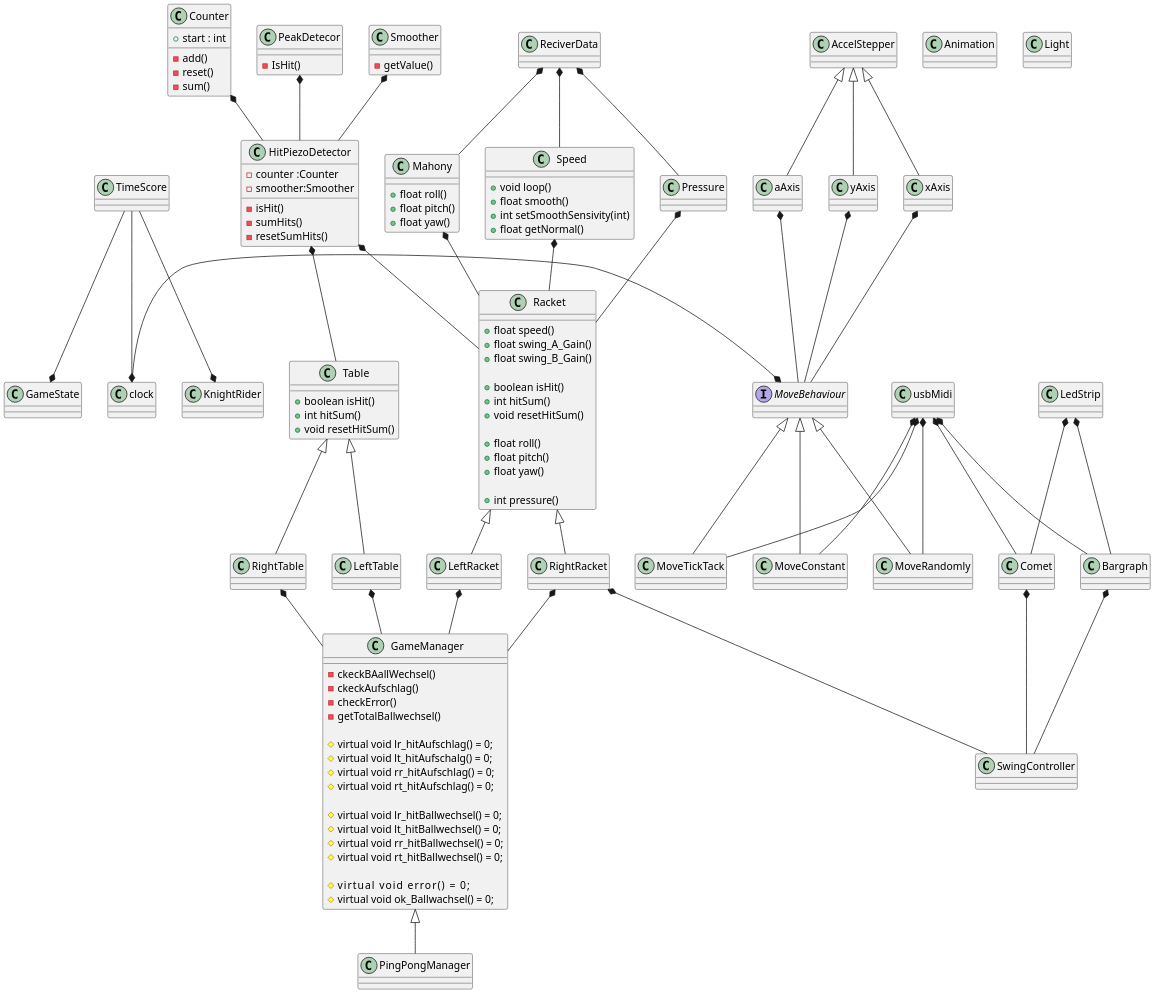
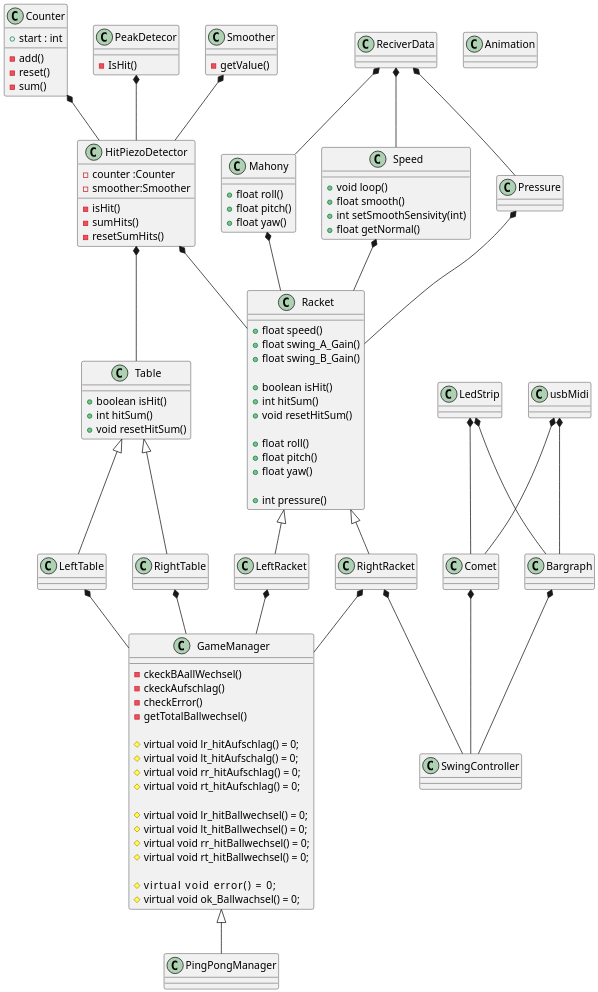
The diagram in LeftTeensy/src/uml.wsd (8JupiterMoll8/PingPong2022), drawn with PlantUML before and after one commit. The commit also changed 18 other files, not shown here.

```diff
--- a/LeftTeensy/src/uml.wsd
+++ b/LeftTeensy/src/uml.wsd
@@ -42,59 +42,12 @@
 
 }
 
-class Light
-{
-
-}
-
-class KnightRider
-{
-
-}
-
-interface MoveBehaviour
-{
-
-}
-
-AccelStepper  <|--aAxis
-AccelStepper  <|--yAxis
-AccelStepper  <|--xAxis
-
-xAxis  *-- MoveBehaviour 
-yAxis  *-- MoveBehaviour
-aAxis  *-- MoveBehaviour
-MoveBehaviour <|-- MoveTickTack
-MoveBehaviour <|-- MoveConstant
-MoveBehaviour <|-- MoveRandomly
-
-usbMidi *-- MoveTickTack
-usbMidi *-- MoveConstant
-usbMidi *-- MoveRandomly
-
-
-  class clock{}
-
-
-TimeScore --*  KnightRider
-TimeScore --*  clock
-TimeScore --*  GameState
 
 
 
 
 
 
- 
- clock -* MoveBehaviour
-
-
-
-
-class clock
-{
-
-}
 class LedStrip{
 
 }
```
